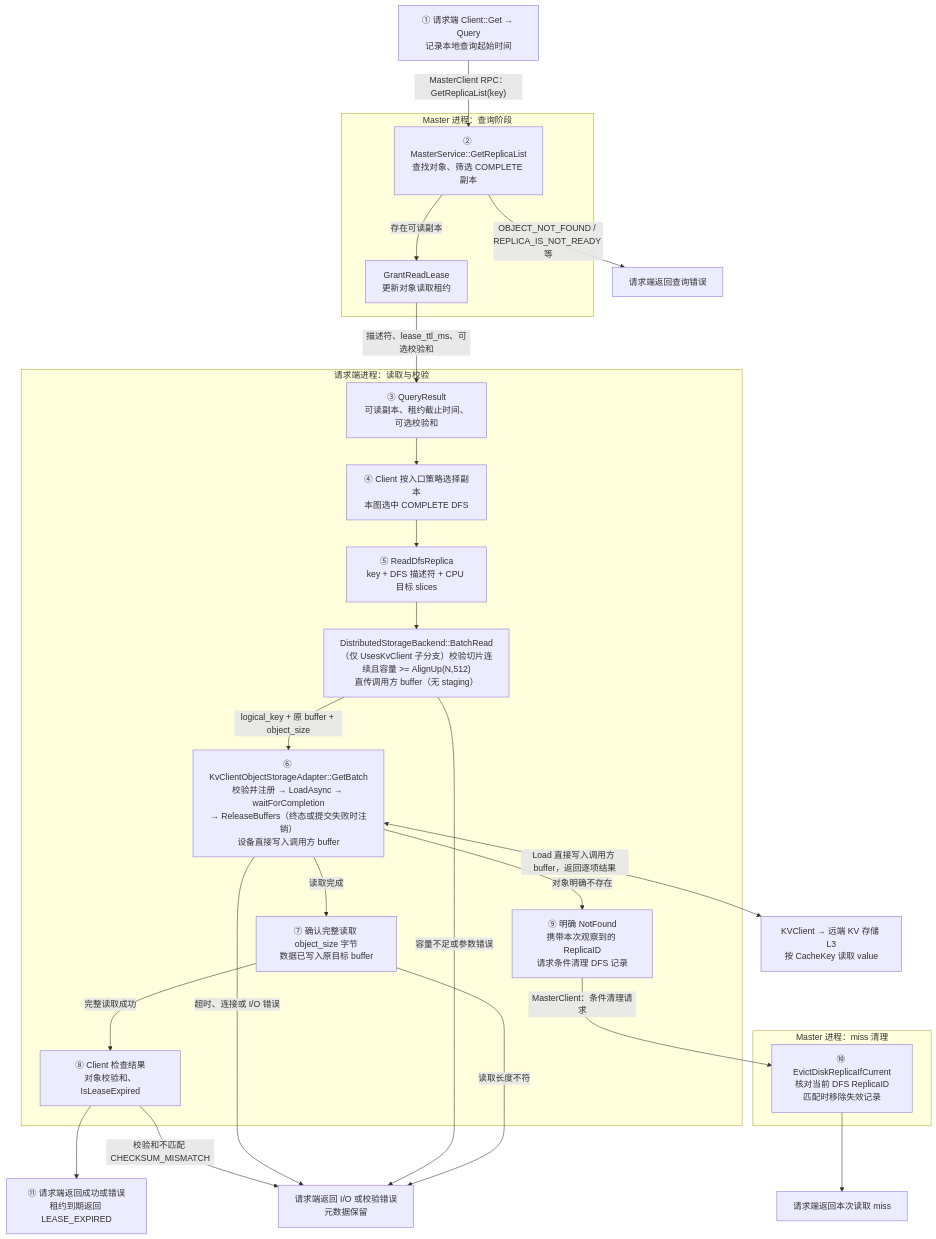
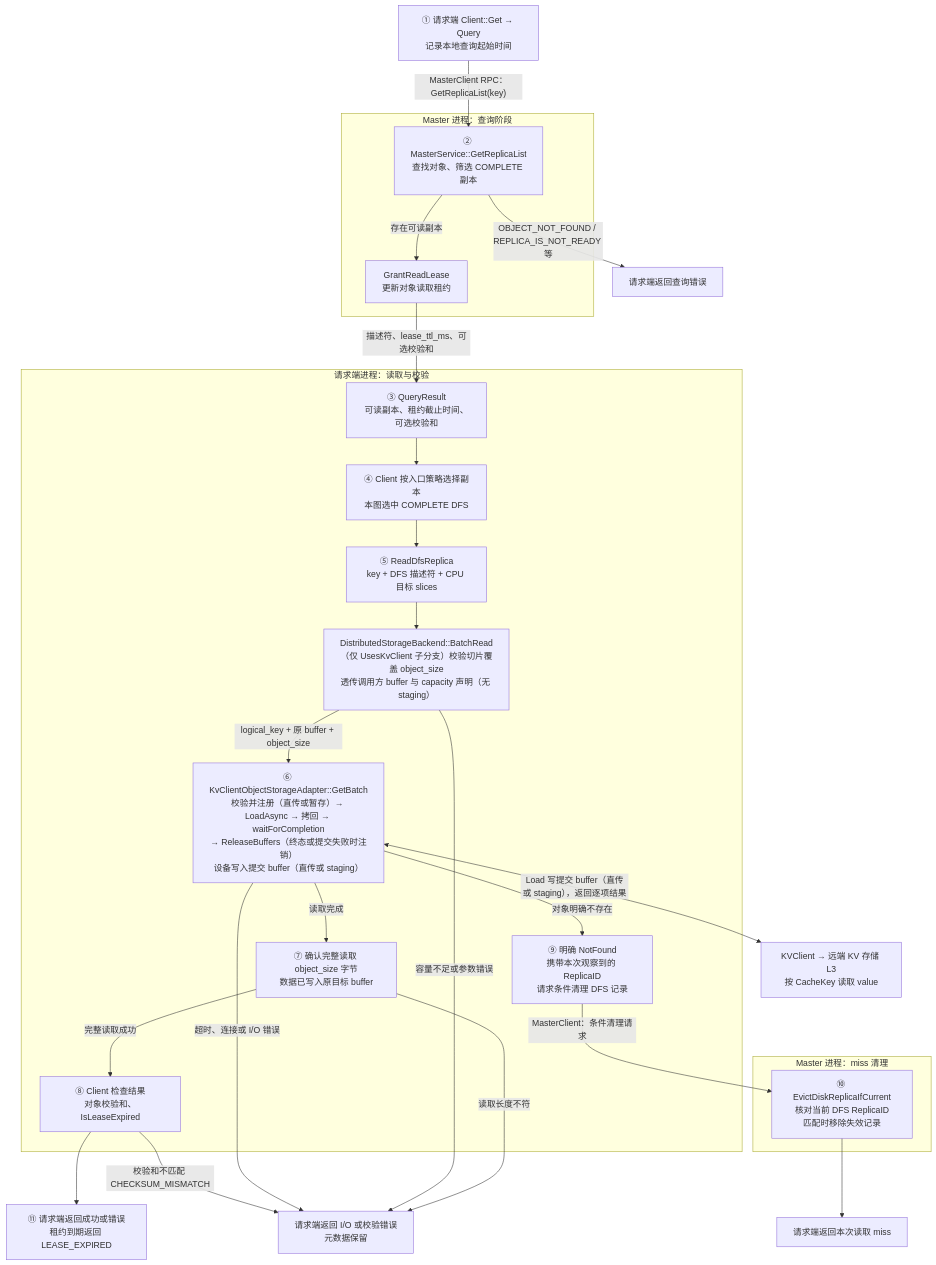
The fifth of 13 diagrams in Mooncake + KVClient L3 接入（Kvcs）- v3.md (zwj20000328-dotcom/Mooncake-documents), drawn with Mermaid before and after one commit. The commit also changed other lines of this file, not shown here.

Commit message:
docs: add staged buffers as the default path for unaligned or undeclared buffers

````diff
--- a/Mooncake + KVClient L3 接入（Kvcs）- v3.md
+++ b/Mooncake + KVClient L3 接入（Kvcs）- v3.md
@@ -395,52 +395,52 @@
 ```mermaid
 flowchart TB
     Q["① 请求端 Client::Get → Query<br/>记录本地查询起始时间"]
 
     subgraph MasterQuery["Master 进程：查询阶段"]
         GET["② MasterService::GetReplicaList<br/>查找对象、筛选 COMPLETE 副本"]
         LEASE["GrantReadLease<br/>更新对象读取租约"]
 
         GET -->|"存在可读副本"| LEASE
     end
 
     subgraph Request["请求端进程：读取与校验"]
         QR["③ QueryResult<br/>可读副本、租约截止时间、可选校验和"]
         SELECT["④ Client 按入口策略选择副本<br/>本图选中 COMPLETE DFS"]
         READ["⑤ ReadDfsReplica<br/>key + DFS 描述符 + CPU 目标 slices"]
-        B["DistributedStorageBackend::BatchRead<br/>（仅 UsesKvClient 子分支）校验切片连续且容量 >= AlignUp(N,512)<br/>直传调用方 buffer（无 staging）"]
-        D["⑥ KvClientObjectStorageAdapter::GetBatch<br/>校验并注册 → LoadAsync → waitForCompletion<br/>→ ReleaseBuffers（终态或提交失败时注销）<br/>设备直接写入调用方 buffer"]
+        B["DistributedStorageBackend::BatchRead<br/>（仅 UsesKvClient 子分支）校验切片覆盖 object_size<br/>透传调用方 buffer 与 capacity 声明（无 staging）"]
+        D["⑥ KvClientObjectStorageAdapter::GetBatch<br/>校验并注册（直传或暂存）→ LoadAsync → 拷回 → waitForCompletion<br/>→ ReleaseBuffers（终态或提交失败时注销）<br/>设备写入提交 buffer（直传或 staging）"]
         VERIFY["⑦ 确认完整读取 object_size 字节<br/>数据已写入原目标 buffer"]
         CHECK["⑧ Client 检查结果<br/>对象校验和、IsLeaseExpired"]
         MISS["⑨ 明确 NotFound<br/>携带本次观察到的 ReplicaID<br/>请求条件清理 DFS 记录"]
 
         QR --> SELECT
         SELECT --> READ
         READ --> B
         B -->|"logical_key + 原 buffer + object_size"| D
         D -->|"读取完成"| VERIFY
         D -->|"对象明确不存在"| MISS
         VERIFY -->|"完整读取成功"| CHECK
     end
 
     subgraph MasterCleanup["Master 进程：miss 清理"]
         EVICT["⑩ EvictDiskReplicaIfCurrent<br/>核对当前 DFS ReplicaID<br/>匹配时移除失效记录"]
     end
 
     RETURN["⑪ 请求端返回成功或错误<br/>租约到期返回 LEASE_EXPIRED"]
     ERROR["请求端返回 I/O 或校验错误<br/>元数据保留"]
     QUERY_FAIL["请求端返回查询错误"]
     MISS_RETURN["请求端返回本次读取 miss"]
     S["KVClient → 远端 KV 存储 L3<br/>按 CacheKey 读取 value"]
 
     Q -->|"MasterClient RPC：GetReplicaList(key)"| GET
     GET -->|"OBJECT_NOT_FOUND / REPLICA_IS_NOT_READY 等"| QUERY_FAIL
     LEASE -->|"描述符、lease_ttl_ms、可选校验和"| QR
-    D <-->|"Load 直接写入调用方 buffer，返回逐项结果"| S
+    D <-->|"Load 写提交 buffer（直传或 staging），返回逐项结果"| S
     MISS -->|"MasterClient：条件清理请求"| EVICT
     EVICT --> MISS_RETURN
     CHECK --> RETURN
     CHECK -->|"校验和不匹配 CHECKSUM_MISMATCH"| ERROR
     D -->|"超时、连接或 I/O 错误"| ERROR
     B -->|"容量不足或参数错误"| ERROR
     VERIFY -->|"读取长度不符"| ERROR
 ```
````
